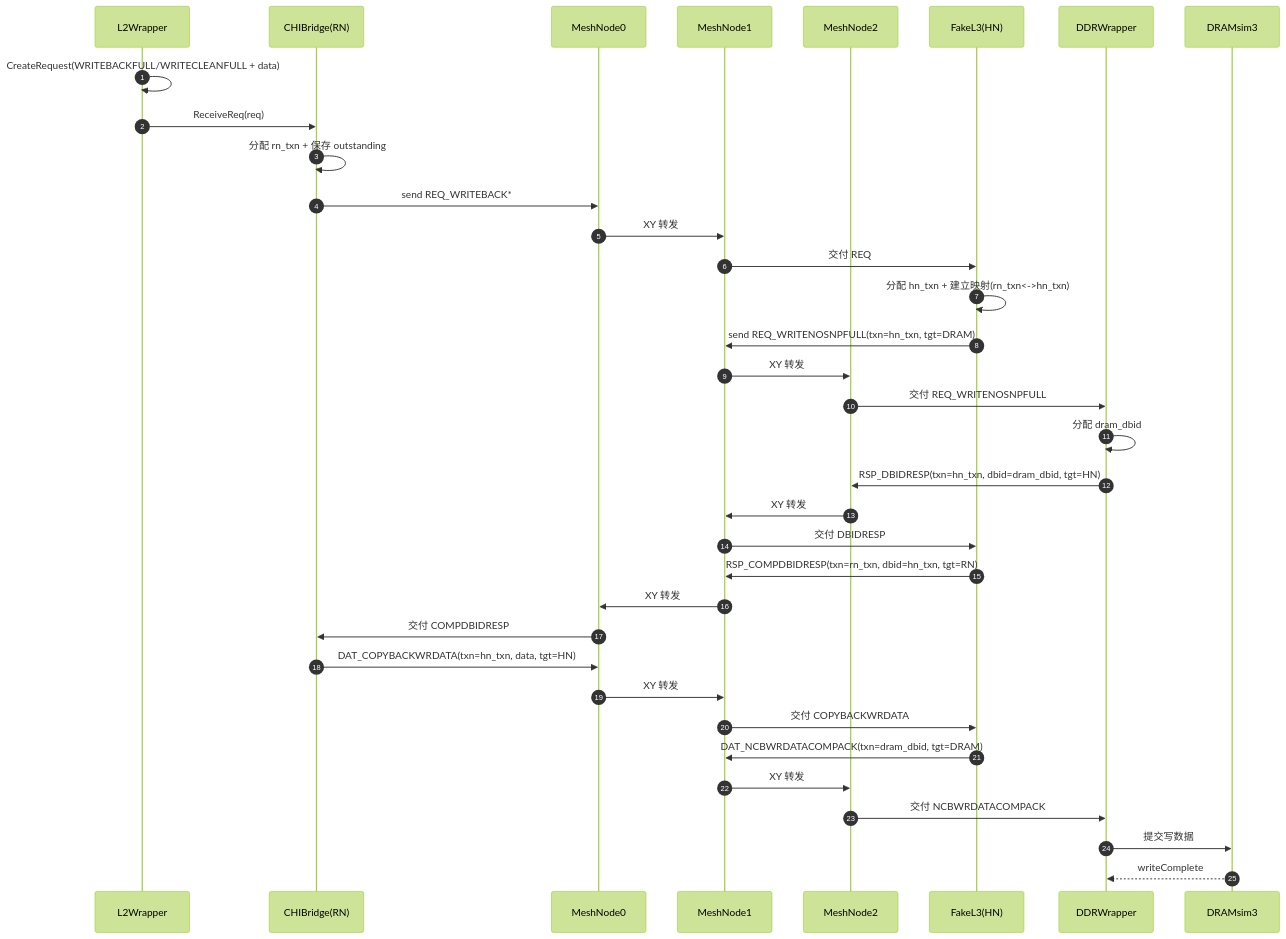
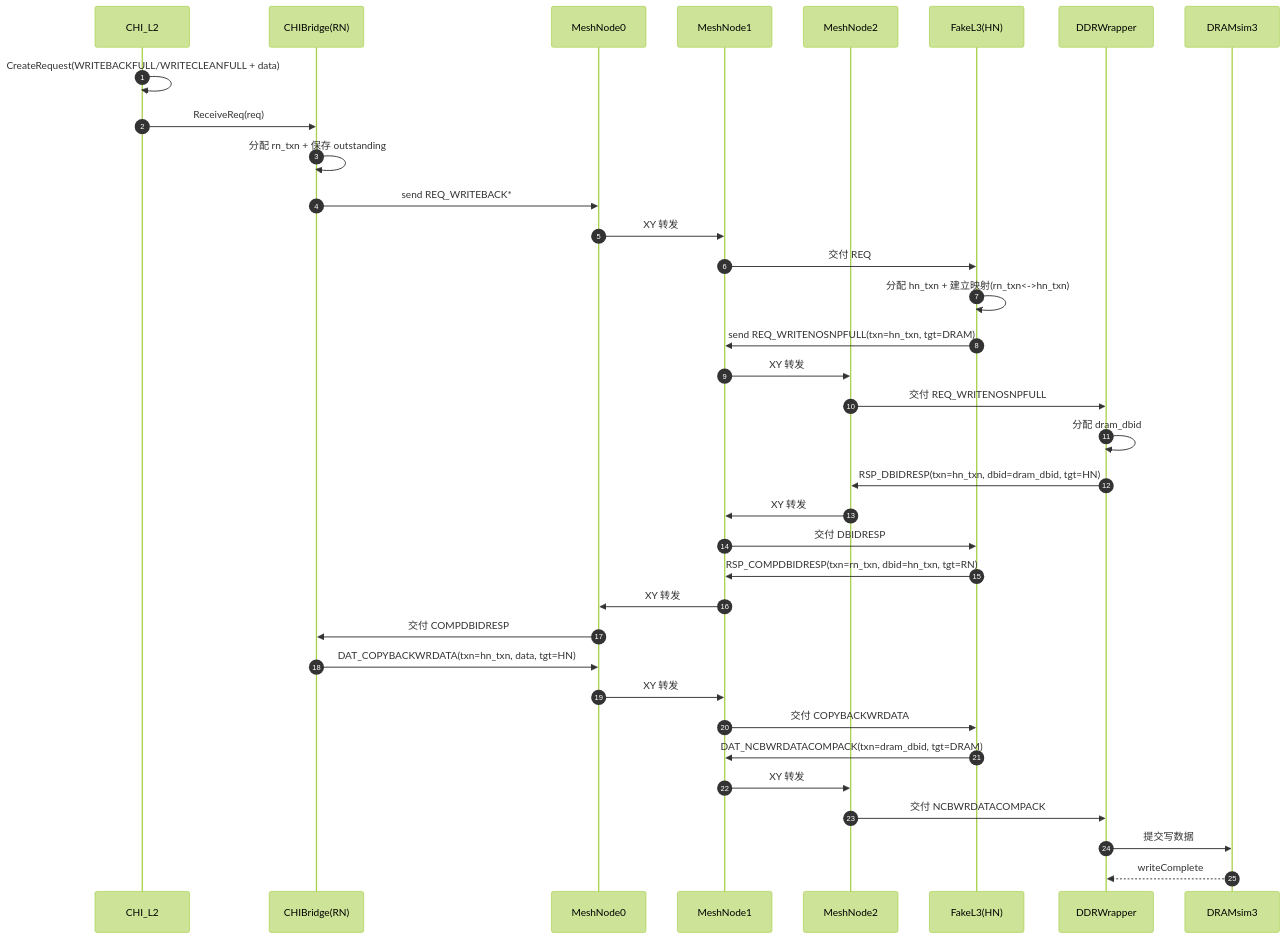
One commit to OpenXiangShan/GEM5 changed the second of 2 diagrams in src/mem/xsCHI/README.md. Above: the diagram before and after it, drawn with Mermaid (forest theme). The commit also changed other lines of this file and 41 other files, not shown here.

````diff
--- a/src/mem/xsCHI/README.md
+++ b/src/mem/xsCHI/README.md
@@ -160,44 +160,44 @@
 ```mermaid
 sequenceDiagram
 autonumber
-participant L2 as L2Wrapper
+participant L2 as CHI_L2
 participant RN as CHIBridge(RN)
 participant M0 as MeshNode0
 participant M1 as MeshNode1
 participant M2 as MeshNode2
 participant HN as FakeL3(HN)
 participant DW as DDRWrapper
 participant DRAM as DRAMsim3
 
 L2->>L2: CreateRequest(WRITEBACKFULL/WRITECLEANFULL + data)
 L2->>RN: ReceiveReq(req)
 
 RN->>RN: 分配 rn_txn + 保存 outstanding
 RN->>M0: send REQ_WRITEBACK*
 M0->>M1: XY 转发
 M1->>HN: 交付 REQ
 
 HN->>HN: 分配 hn_txn + 建立映射(rn_txn<->hn_txn)
 HN->>M1: send REQ_WRITENOSNPFULL(txn=hn_txn, tgt=DRAM)
 M1->>M2: XY 转发
 M2->>DW: 交付 REQ_WRITENOSNPFULL
 
 DW->>DW: 分配 dram_dbid
 DW->>M2: RSP_DBIDRESP(txn=hn_txn, dbid=dram_dbid, tgt=HN)
 M2->>M1: XY 转发
 M1->>HN: 交付 DBIDRESP
 
 HN->>M1: RSP_COMPDBIDRESP(txn=rn_txn, dbid=hn_txn, tgt=RN)
 M1->>M0: XY 转发
 M0->>RN: 交付 COMPDBIDRESP
 
 RN->>M0: DAT_COPYBACKWRDATA(txn=hn_txn, data, tgt=HN)
 M0->>M1: XY 转发
 M1->>HN: 交付 COPYBACKWRDATA
 
 HN->>M1: DAT_NCBWRDATACOMPACK(txn=dram_dbid, tgt=DRAM)
 M1->>M2: XY 转发
 M2->>DW: 交付 NCBWRDATACOMPACK
 DW->>DRAM: 提交写数据
 DRAM-->>DW: writeComplete
 ```
````
